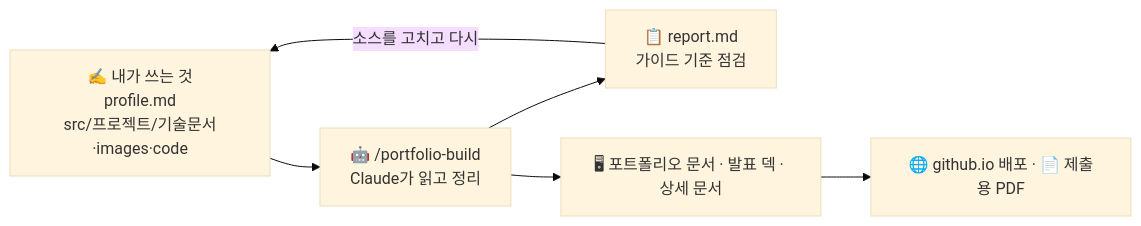
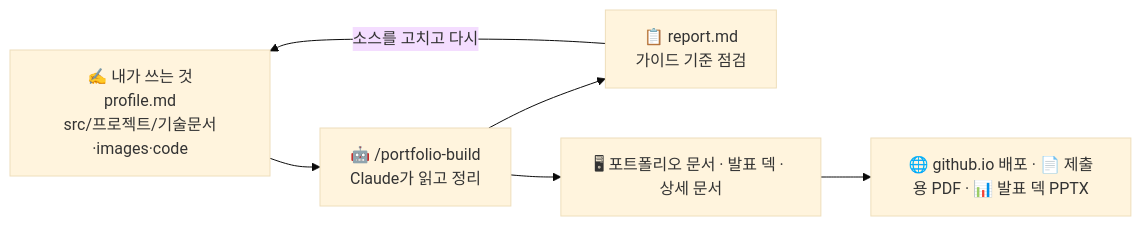
Before and after one commit to krr6606/krr6606.github.io: the diagram in README.md, drawn with Mermaid (base theme). The commit also changed other lines of this file and 10 other files, not shown here.

````diff
--- a/README.md
+++ b/README.md
@@ -11,8 +11,8 @@
 ```mermaid
 flowchart LR
     A["✍ 내가 쓰는 것<br/>profile.md<br/>src/프로젝트/기술문서·images·code"] --> B["🤖 /portfolio-build<br/>Claude가 읽고 정리"]
     B --> C["📋 report.md<br/>가이드 기준 점검"]
     B --> D["🖥 포트폴리오 문서 · 발표 덱 · 상세 문서"]
     C -->|"소스를 고치고 다시"| A
-    D --> E["🌐 github.io 배포 · 📄 제출용 PDF"]
+    D --> E["🌐 github.io 배포 · 📄 제출용 PDF · 📊 발표 덱 PPTX"]
 ```
````
